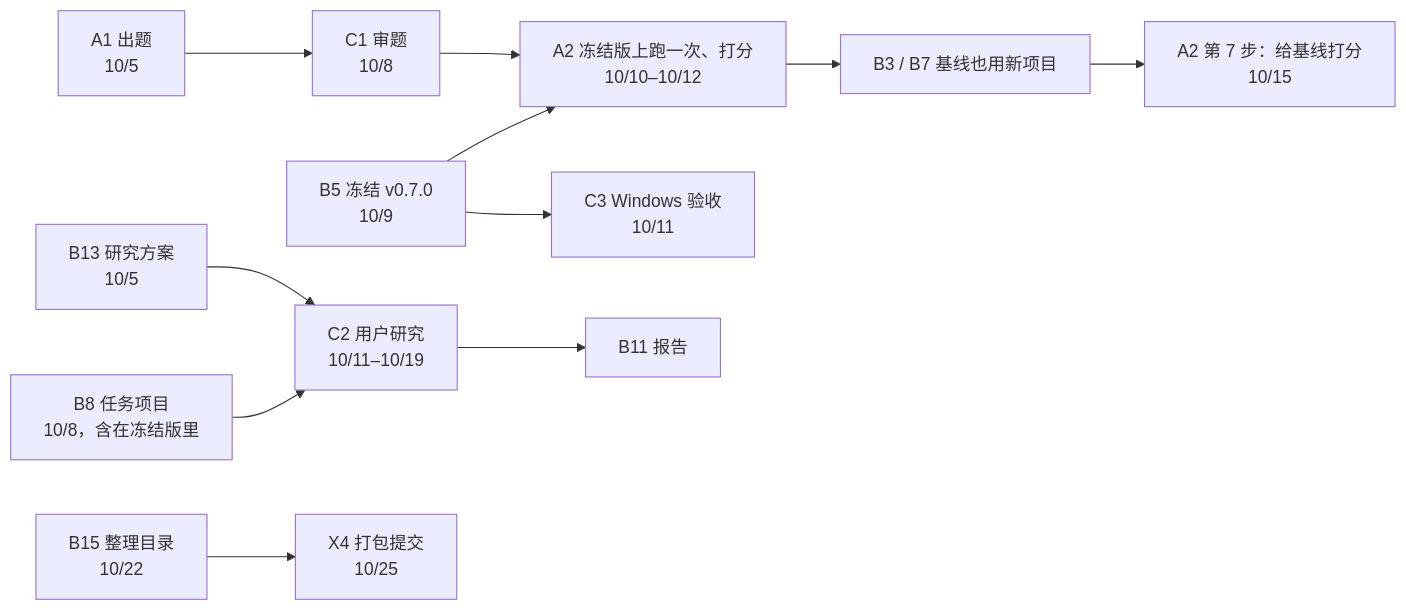
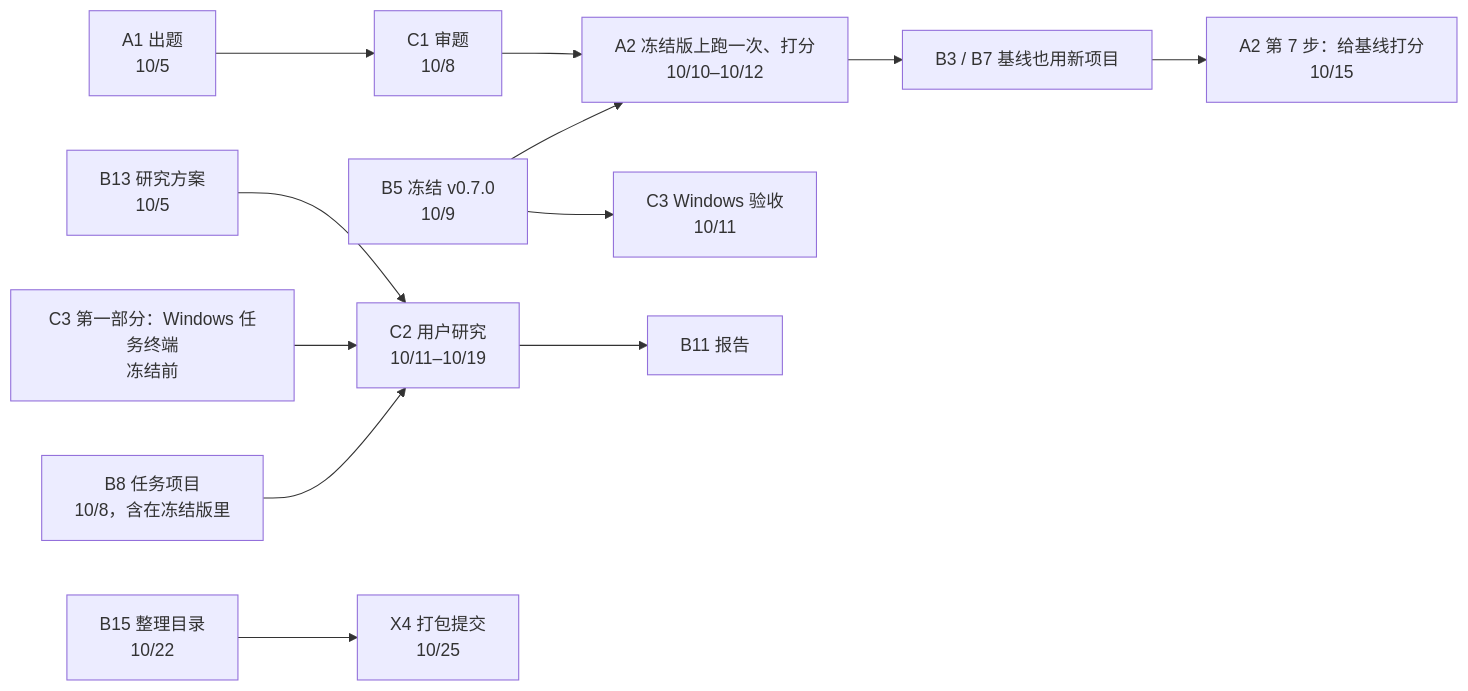
The diagram in docs/tasks/README.md (ZihangHe13123/FixFirst), drawn with Mermaid before and after one commit. The commit also changed other lines of this file and 3 other files, not shown here.

````diff
--- a/docs/tasks/README.md
+++ b/docs/tasks/README.md
@@ -74,10 +74,11 @@
 ```mermaid
 flowchart LR
   A1["A1 出题<br/>10/5"] --> C1["C1 审题<br/>10/8"] --> A2["A2 冻结版上跑一次、打分<br/>10/10–10/12"]
   B5["B5 冻结 v0.7.0<br/>10/9"] --> A2
   A2 --> B3["B3 / B7 基线也用新项目"] --> A2s["A2 第 7 步：给基线打分<br/>10/15"]
   B13["B13 研究方案<br/>10/5"] --> C2["C2 用户研究<br/>10/11–10/19"]
+  C3a["C3 第一部分：Windows 任务终端<br/>冻结前"] --> C2
   B8["B8 任务项目<br/>10/8，含在冻结版里"] --> C2 --> B11["B11 报告"]
   B5 --> C3["C3 Windows 验收<br/>10/11"]
   B15["B15 整理目录<br/>10/22"] --> X4["X4 打包提交<br/>10/25"]
 ```
````
